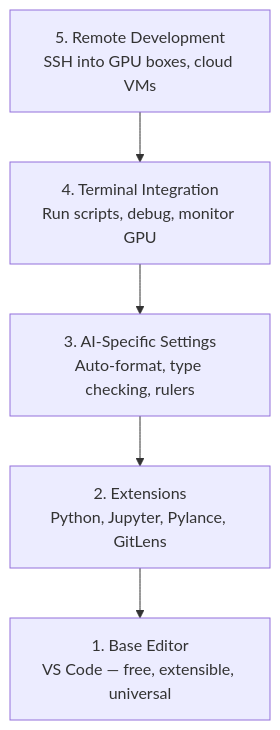
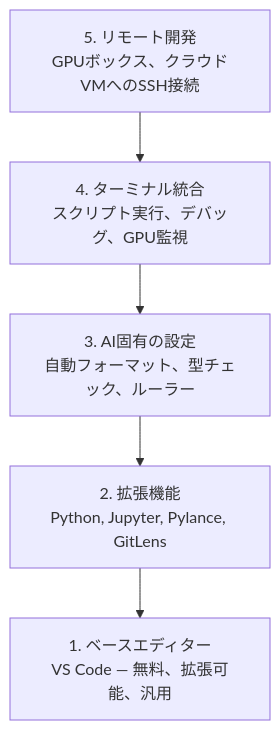
Before and after one commit to shoshoshomen/synapse-academy: the diagram in content/phases/00-setup-and-tooling/08-editor-setup/lesson.ja.md, drawn with Mermaid. The commit also changed 124 other files, not shown here.

First line of the commit message:
feat(i18n): mermaid図のラベルを日本語化(194レッスン/374図)

````diff
--- a/content/phases/00-setup-and-tooling/08-editor-setup/lesson.ja.md
+++ b/content/phases/00-setup-and-tooling/08-editor-setup/lesson.ja.md
@@ -23,8 +23,8 @@
 ```mermaid
 graph TD
-    L5["5. Remote Development<br/>SSH into GPU boxes, cloud VMs"] --> L4
-    L4["4. Terminal Integration<br/>Run scripts, debug, monitor GPU"] --> L3
-    L3["3. AI-Specific Settings<br/>Auto-format, type checking, rulers"] --> L2
-    L2["2. Extensions<br/>Python, Jupyter, Pylance, GitLens"] --> L1
-    L1["1. Base Editor<br/>VS Code — free, extensible, universal"]
+    L5["5. リモート開発<br/>GPUボックス、クラウドVMへのSSH接続"] --> L4
+    L4["4. ターミナル統合<br/>スクリプト実行、デバッグ、GPU監視"] --> L3
+    L3["3. AI固有の設定<br/>自動フォーマット、型チェック、ルーラー"] --> L2
+    L2["2. 拡張機能<br/>Python, Jupyter, Pylance, GitLens"] --> L1
+    L1["1. ベースエディター<br/>VS Code — 無料、拡張可能、汎用"]
 ```
````
